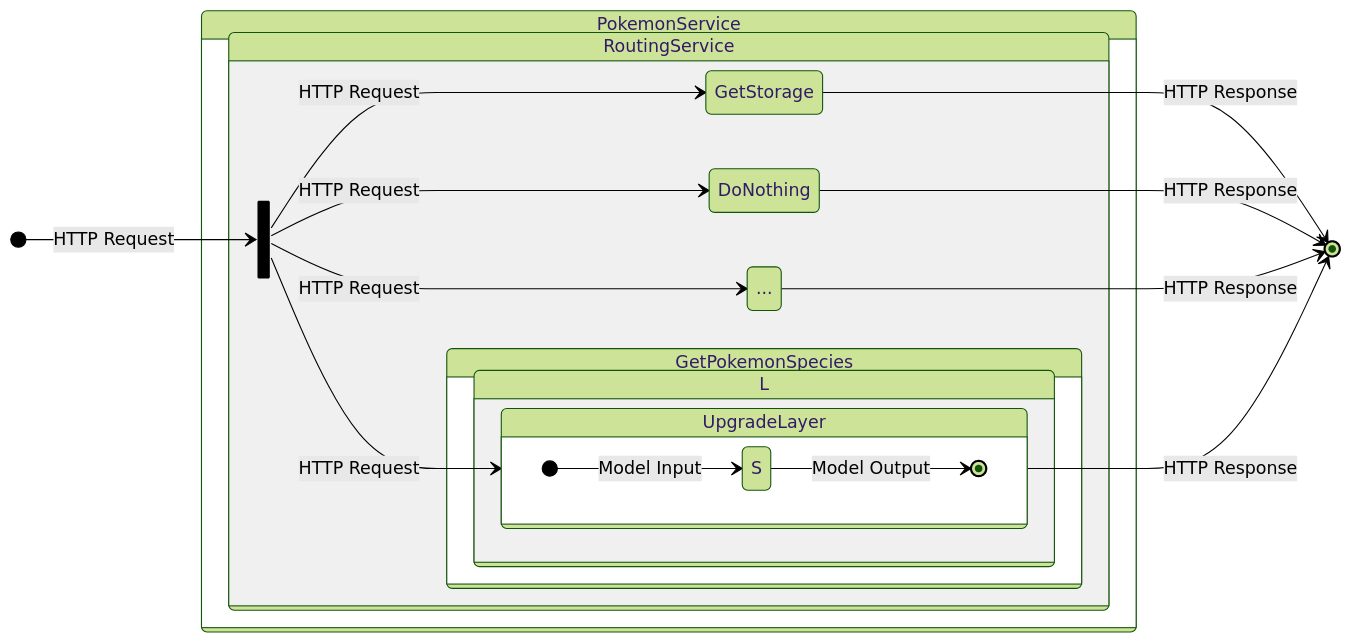
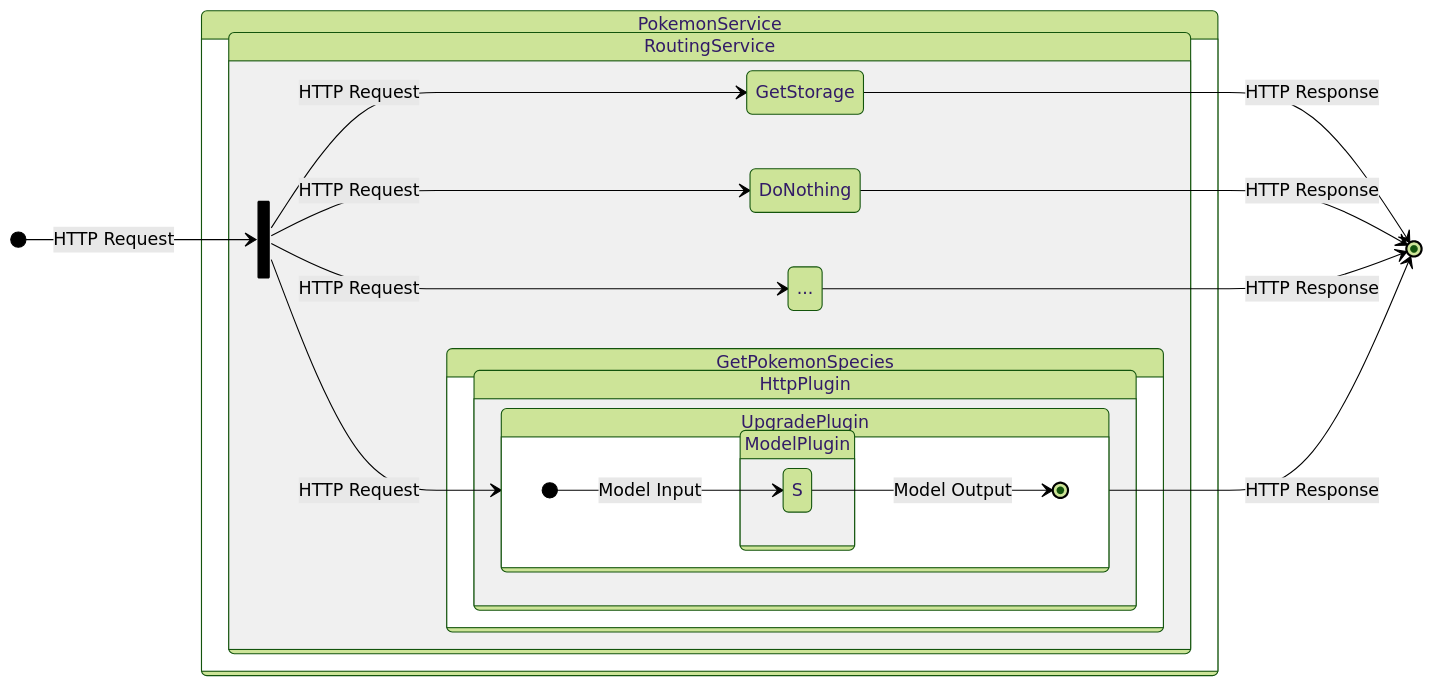
Before and after one commit to smithy-lang/smithy-rs: the fifth of 5 diagrams in design/src/server/anatomy.md, drawn with Mermaid (forest theme). The commit also changed other lines of this file, not shown here.

````diff
--- a/design/src/server/anatomy.md
+++ b/design/src/server/anatomy.md
@@ -512,35 +543,38 @@
 ```mermaid
 stateDiagram-v2
     state in <<fork>>
     state "GetPokemonSpecies" as C1
     state "GetStorage" as C2
     state "DoNothing" as C3
     state "..." as C4
     direction LR
     [*] --> in : HTTP Request
-    UpgradeLayer --> [*]: HTTP Response
+    UpgradePlugin --> [*]: HTTP Response
     state PokemonService {
         state RoutingService {
-            in --> UpgradeLayer: HTTP Request
+            in --> UpgradePlugin: HTTP Request
             in --> C2: HTTP Request
             in --> C3: HTTP Request
             in --> C4: HTTP Request
             state C1 {
-                state L {
-                    state UpgradeLayer {
+                state HttpPlugin {
+                    state UpgradePlugin {
                         direction LR
                         [*] --> S: Model Input
                         S --> [*] : Model Output
+                        state ModelPlugin {
+                            S
+                        }
                     }
                 }
             }
             C2
             C3
             C4
         }
 
     }
     C2 --> [*]: HTTP Response
     C3 --> [*]: HTTP Response
     C4 --> [*]: HTTP Response
 ```
````
